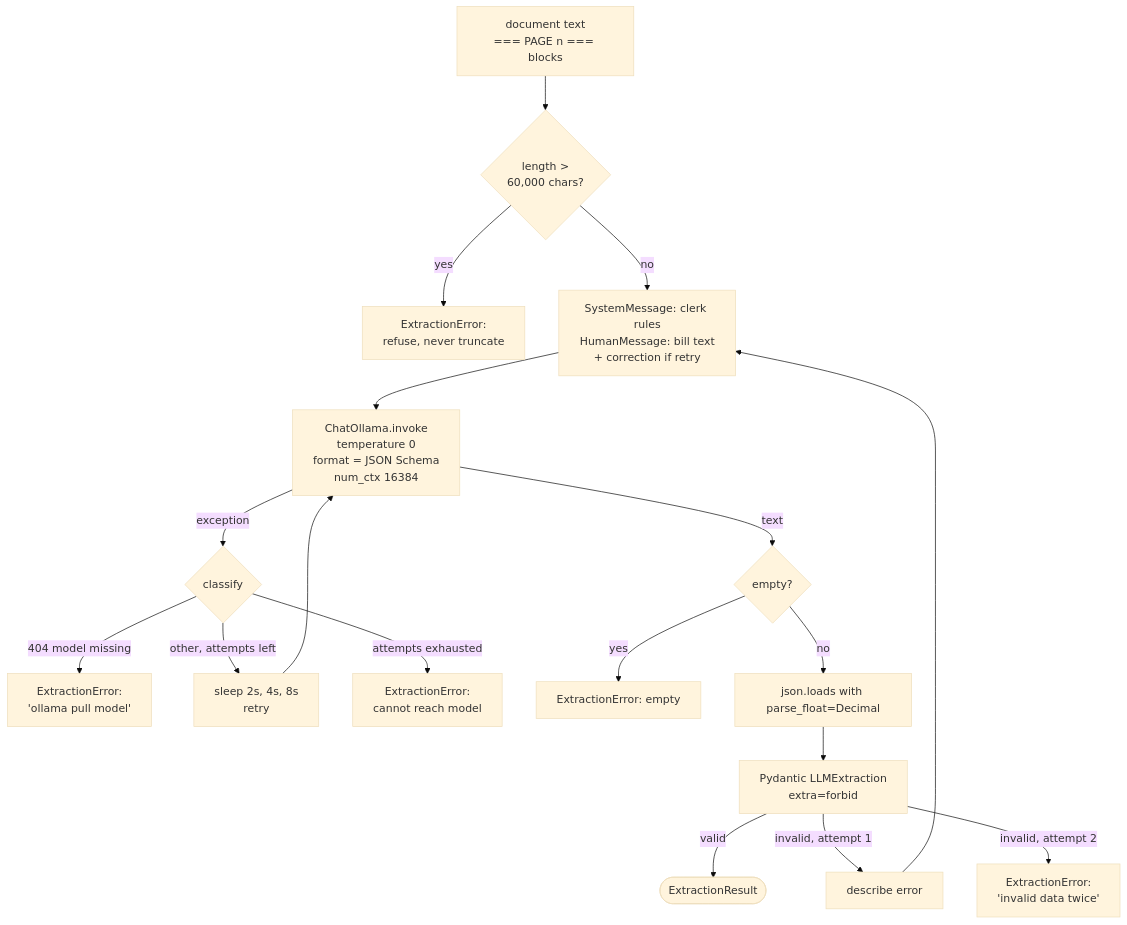
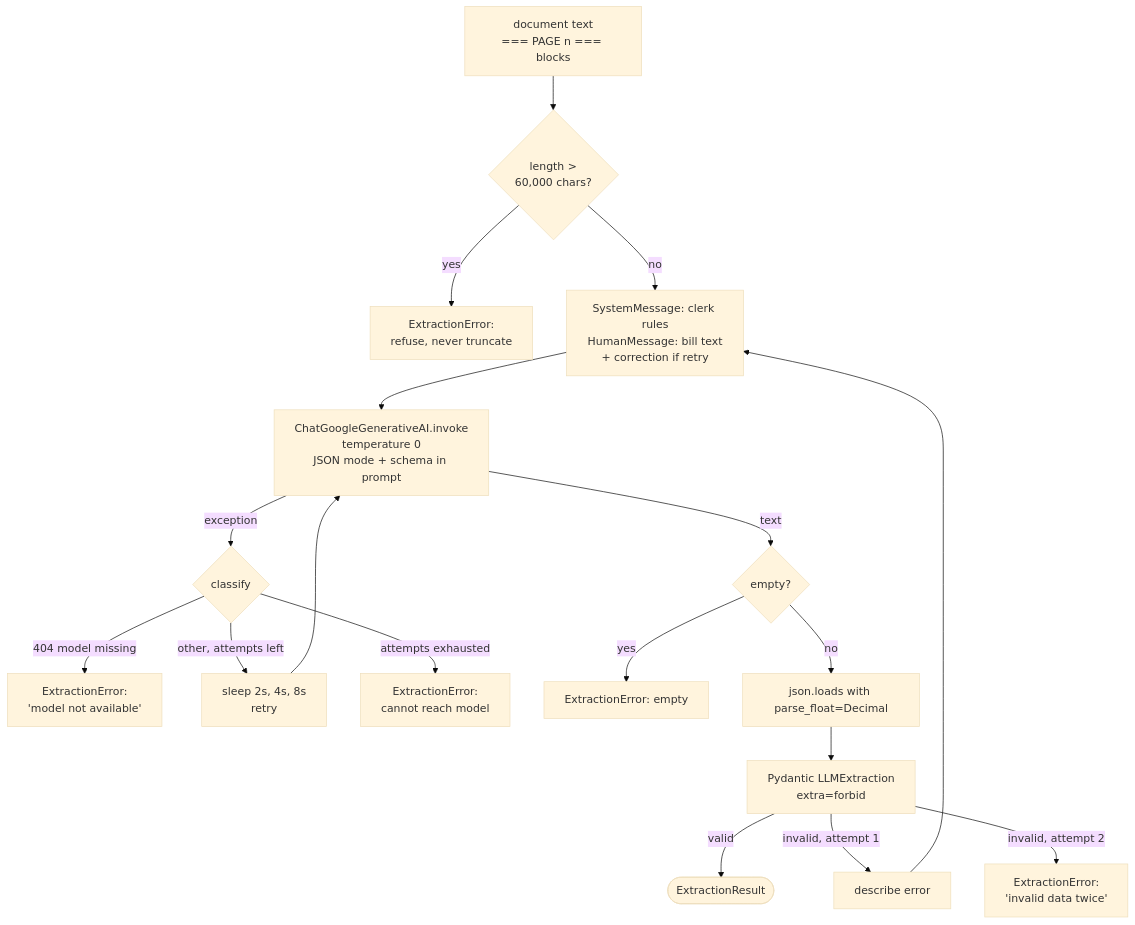
One commit to SaiKeerthanaPalavalasa28/GreenTrace changed the sixth of 16 diagrams in docs/ARCHITECTURE.md. Above: the diagram before and after it, drawn with Mermaid (base theme). The commit also changed other lines of this file and 12 other files, not shown here.

````diff
--- a/docs/ARCHITECTURE.md
+++ b/docs/ARCHITECTURE.md
@@ -251,19 +251,19 @@
 ```mermaid
 flowchart TD
     A["document text<br/>=== PAGE n === blocks"] --> B{"length ><br/>60,000 chars?"}
     B -- yes --> X1["ExtractionError:<br/>refuse, never truncate"]
     B -- no --> C["SystemMessage: clerk rules<br/>HumanMessage: bill text<br/>+ correction if retry"]
-    C --> D["ChatOllama.invoke<br/>temperature 0<br/>format = JSON Schema<br/>num_ctx 16384"]
+    C --> D["ChatGoogleGenerativeAI.invoke<br/>temperature 0<br/>JSON mode + schema in prompt"]
     D -->|exception| E{classify}
-    E -- "404 model missing" --> X2["ExtractionError:<br/>'ollama pull model'"]
+    E -- "404 model missing" --> X2["ExtractionError:<br/>'model not available'"]
     E -- "other, attempts left" --> F["sleep 2s, 4s, 8s<br/>retry"]
     F --> D
     E -- "attempts exhausted" --> X3["ExtractionError:<br/>cannot reach model"]
     D -->|text| G{empty?}
     G -- yes --> X4[ExtractionError: empty]
     G -- no --> H[json.loads with parse_float=Decimal]
     H --> I["Pydantic LLMExtraction<br/>extra=forbid"]
     I -->|valid| OK([ExtractionResult])
     I -->|invalid, attempt 1| J[describe error] --> C
     I -->|invalid, attempt 2| X5["ExtractionError:<br/>'invalid data twice'"]
 ```
````
